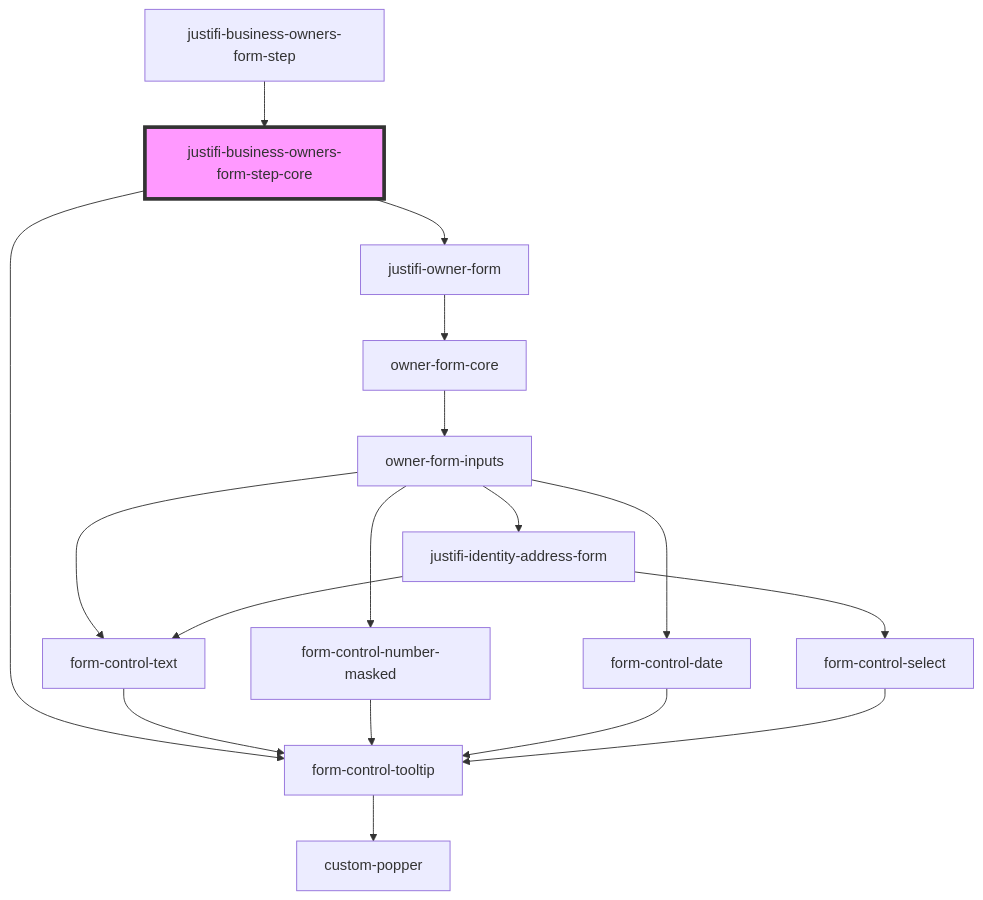
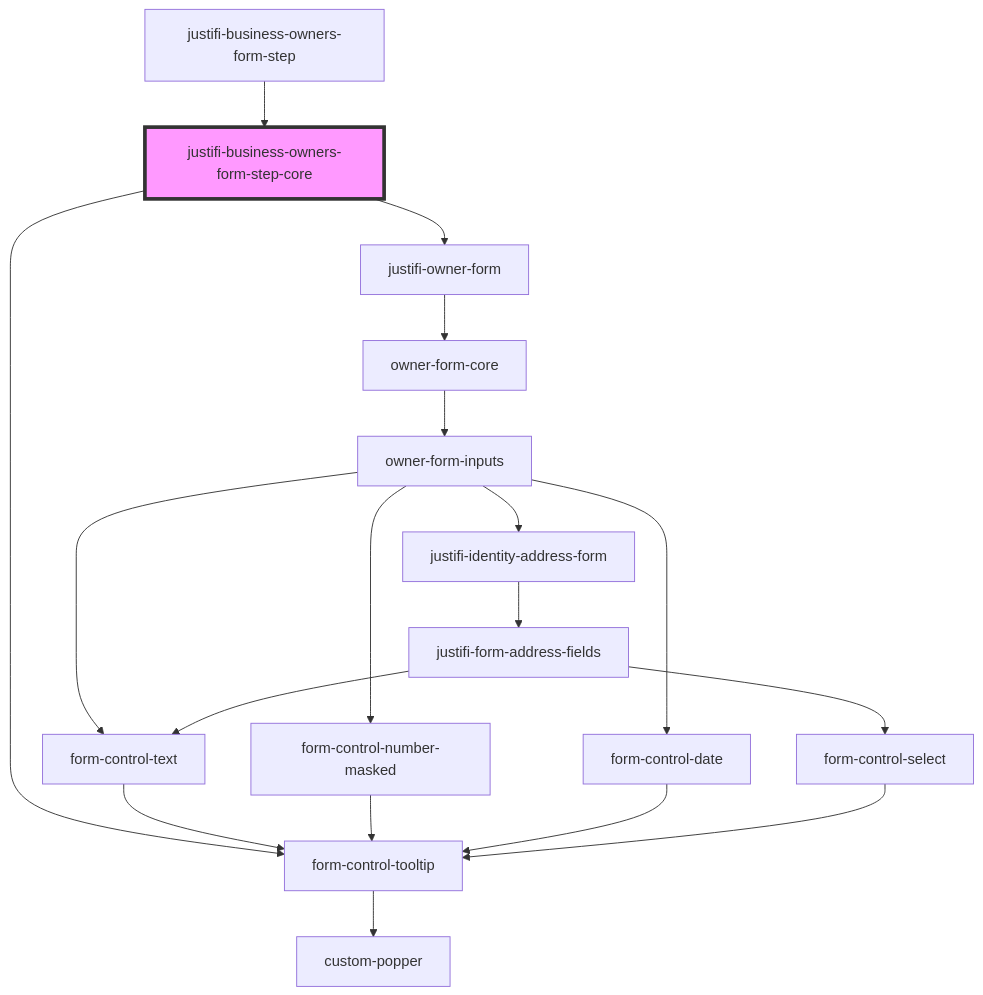
One commit to justifi-tech/web-component-library changed the diagram in packages/webcomponents/src/components/business-forms/payment-provisioning/business-owners/readme.md. Above: the diagram before and after it, drawn with Mermaid. The commit also changed 7 other files, not shown here.

First line of the commit message:
refactor(business-forms): update address form dependencies to use justifi-form-address-fields

````diff
--- a/packages/webcomponents/src/components/business-forms/payment-provisioning/business-owners/readme.md
+++ b/packages/webcomponents/src/components/business-forms/payment-provisioning/business-owners/readme.md
@@ -60,20 +60,21 @@
 ```mermaid
 graph TD;
   justifi-business-owners-form-step-core --> form-control-tooltip
   justifi-business-owners-form-step-core --> justifi-owner-form
   form-control-tooltip --> custom-popper
   justifi-owner-form --> owner-form-core
   owner-form-core --> owner-form-inputs
   owner-form-inputs --> form-control-text
   owner-form-inputs --> form-control-number-masked
   owner-form-inputs --> form-control-date
   owner-form-inputs --> justifi-identity-address-form
   form-control-text --> form-control-tooltip
   form-control-number-masked --> form-control-tooltip
   form-control-date --> form-control-tooltip
-  justifi-identity-address-form --> form-control-text
-  justifi-identity-address-form --> form-control-select
+  justifi-identity-address-form --> justifi-form-address-fields
+  justifi-form-address-fields --> form-control-text
+  justifi-form-address-fields --> form-control-select
   form-control-select --> form-control-tooltip
   justifi-business-owners-form-step --> justifi-business-owners-form-step-core
   style justifi-business-owners-form-step-core fill:#f9f,stroke:#333,stroke-width:4px
 ```
````
